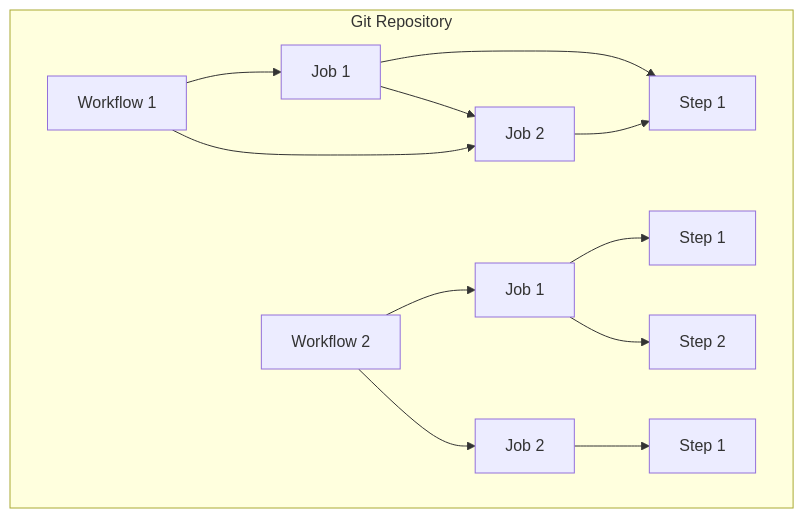
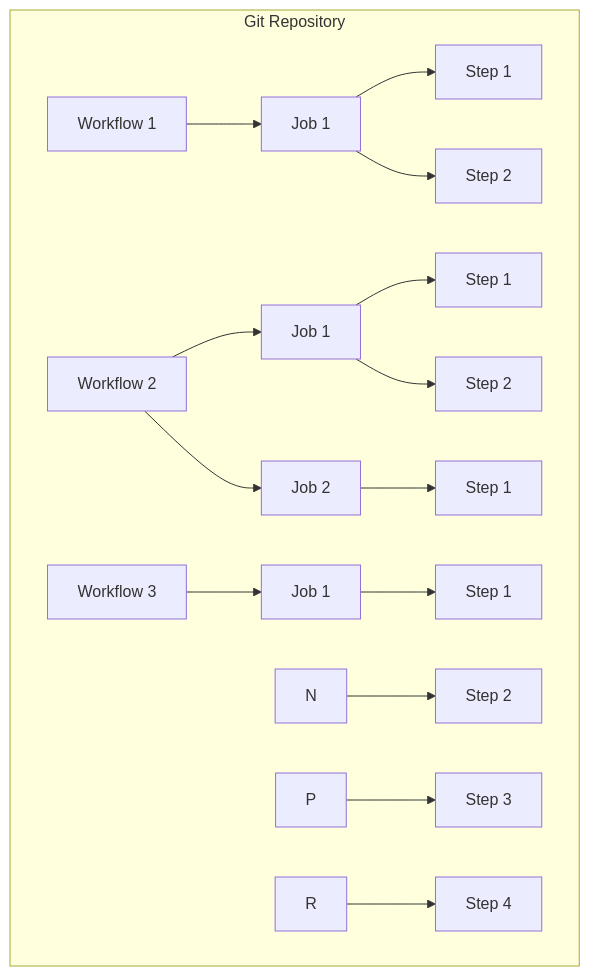
The diagram in content/posts/training/GitHub/GitHub Actions - The Complete Guide/03-github-actions-fundamentals/index.md (rtdevx/rtdevx.github.io), drawn with Mermaid before and after one commit.

Commit message:
Obsidian sync: 2025-12-08 10:23:51

```diff
--- a/content/posts/training/GitHub/GitHub Actions - The Complete Guide/03-github-actions-fundamentals/index.md
+++ b/content/posts/training/GitHub/GitHub Actions - The Complete Guide/03-github-actions-fundamentals/index.md
@@ -21,22 +21,27 @@
 {{< mermaid >}}
 flowchart TD
     subgraph Repo[Git Repository]
     %% Workflow 1
     A[Workflow 1] --> B[Job 1]
     B --> C[Step 1]
     B --> D[Step 2]
-    A[Workflow 1] --> C[Job 2]
-    C --> D[Step 1]
 
     %% Workflow 2
     E[Workflow 2] --> F[Job 1]
     E --> I[Job 2]
 
     %% Steps for Job 1
     F --> G[Step 1]
     F --> H[Step 2]
 
     %% Steps for Job 2
     I --> J[Step 1]
+
+    %% Workflow 3
+    K[Workflow 3] --> L[Job 1]
+    L --> M[Step 1]
+    N --> O[Step 2]
+    P --> Q[Step 3]
+    R --> S[Step 4]
     end
 {{< /mermaid >}}
```
